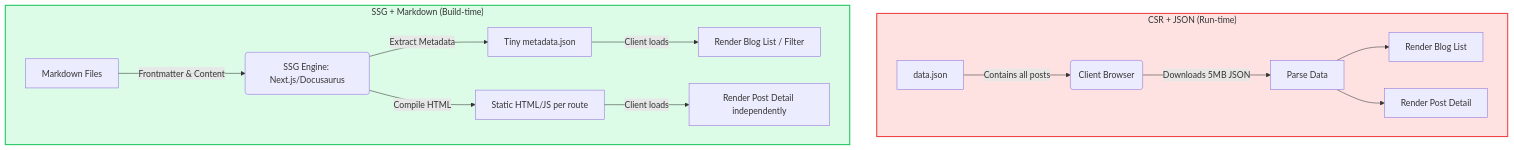
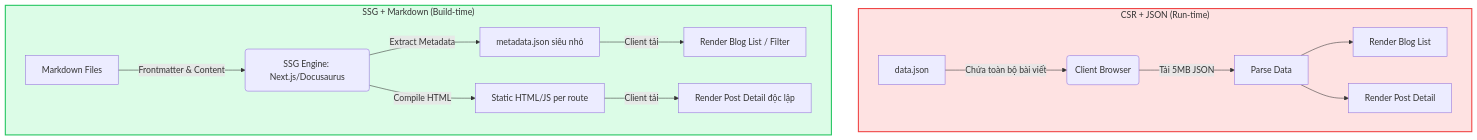
Before and after one commit to ga2631/ga2631.github.io: the diagram in src/data/blog/en/66-2026-09-14-moving-away-from-json-to-markdown.md, drawn with Mermaid. The commit also changed other lines of this file and 230 other files, not shown here.

````diff
--- a/src/data/blog/en/66-2026-09-14-moving-away-from-json-to-markdown.md
+++ b/src/data/blog/en/66-2026-09-14-moving-away-from-json-to-markdown.md
@@ -46,21 +46,21 @@
 ```mermaid
 graph TD
   subgraph Old["CSR + JSON (Run-time)"]
-    A[data.json] -->|Contains all posts| B(Client Browser)
-    B -->|Downloads 5MB JSON| C[Parse Data]
+    A[data.json] -->|Chứa toàn bộ bài viết| B(Client Browser)
+    B -->|Tải 5MB JSON| C[Parse Data]
     C --> D[Render Blog List]
     C --> E[Render Post Detail]
   end
 
   subgraph New["SSG + Markdown (Build-time)"]
     F[Markdown Files] -->|Frontmatter & Content| G(SSG Engine: Next.js/Docusaurus)
-    G -->|Extract Metadata| H[Tiny metadata.json]
+    G -->|Extract Metadata| H[metadata.json siêu nhỏ]
     G -->|Compile HTML| I[Static HTML/JS per route]
 
-    H -->|Client loads| J[Render Blog List / Filter]
-    I -->|Client loads| K[Render Post Detail independently]
+    H -->|Client tải| J[Render Blog List / Filter]
+    I -->|Client tải| K[Render Post Detail độc lập]
   end
 
   style Old fill:#fee2e2,stroke:#ef4444,stroke-width:2px
   style New fill:#dcfce7,stroke:#22c55e,stroke-width:2px
 ```
````
